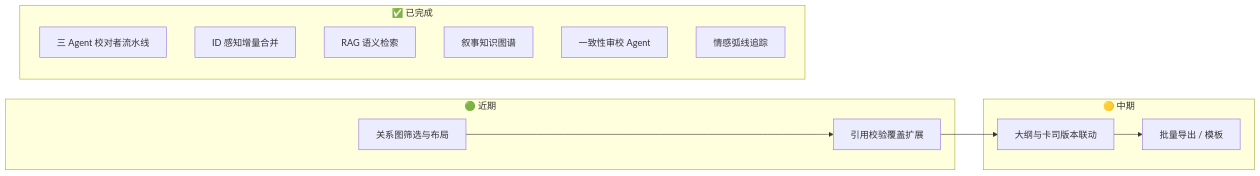
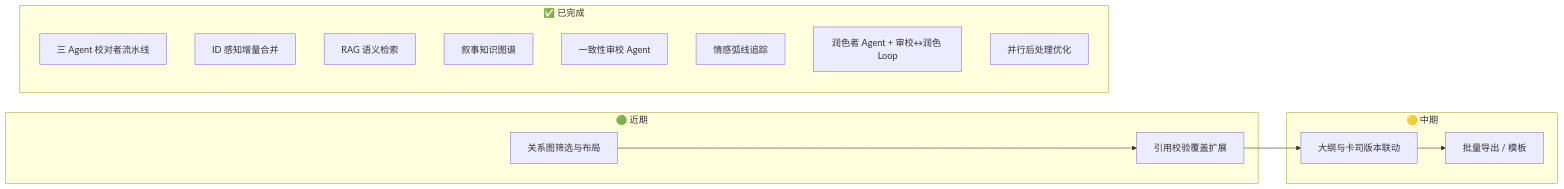
Before and after one commit to Lucas-Wang-THU/Magic_Creater_World: the fourth of 4 diagrams in README.md, drawn with Mermaid. The commit also changed other lines of this file and 12 other files, not shown here.

````diff
--- a/README.md
+++ b/README.md
@@ -468,20 +468,22 @@
 ```mermaid
 flowchart LR
   subgraph 近期["🟢 近期"]
     A1[关系图筛选与布局]
     A2[引用校验覆盖扩展]
   end
   subgraph 中期["🟡 中期"]
     B1[大纲与卡司版本联动]
     B2[批量导出 / 模板]
   end
   subgraph 已完成["✅ 已完成"]
     C1[三 Agent 校对者流水线]
     C2[ID 感知增量合并]
     C3[RAG 语义检索]
     C4[叙事知识图谱]
     C5[一致性审校 Agent]
     C6[情感弧线追踪]
+    C7[润色者 Agent + 审校↔润色 Loop]
+    C8[并行后处理优化]
   end
   A1 --> A2 --> B1 --> B2
 ```
````
